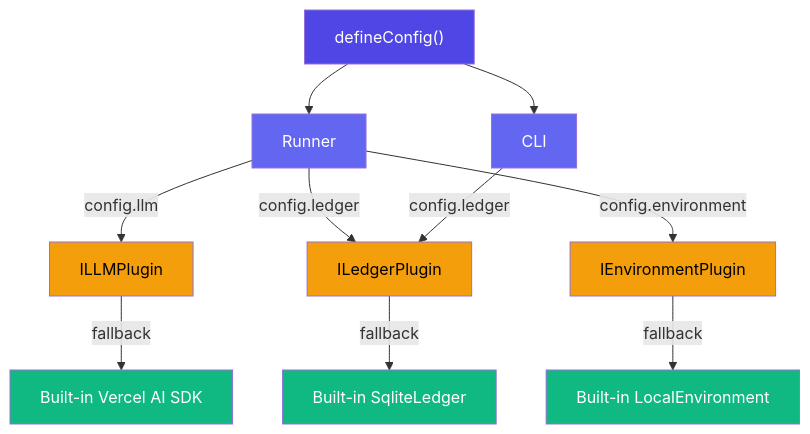
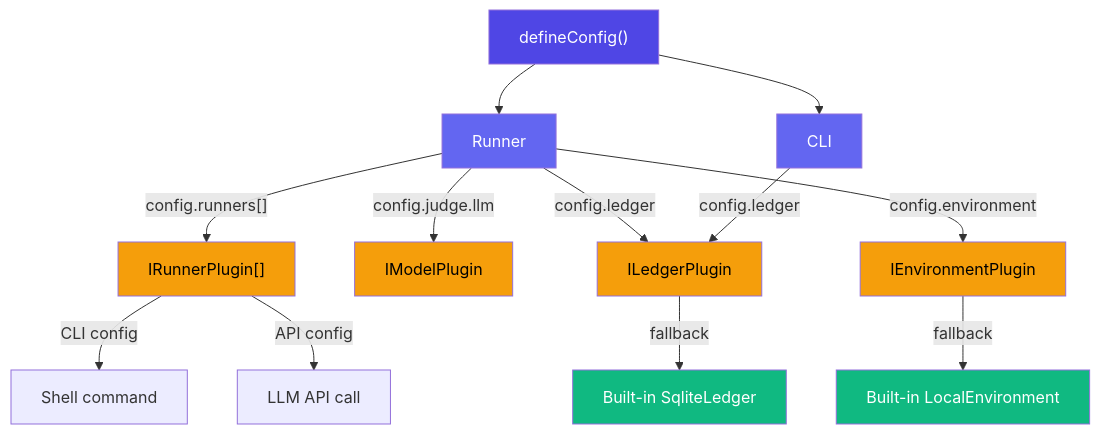
Before and after one commit to Tlahey/agent-eval: the second of 2 diagrams in apps/docs/guide/plugins.md, drawn with Mermaid. The commit also changed other lines of this file and 68 other files, not shown here.

First line of the commit message:
refactor(core): decouple plugin architecture with IModelPlugin and IRunnerPlugin (#7)

````diff
--- a/apps/docs/guide/plugins.md
+++ b/apps/docs/guide/plugins.md
@@ -132,24 +167,26 @@
 ```mermaid
 flowchart TB
     CONFIG["defineConfig()"] --> RUNNER["Runner"]
     CONFIG --> CLI["CLI"]
 
-    RUNNER -->|"config.llm"| LLM["ILLMPlugin"]
+    RUNNER -->|"config.runners[]"| RP["IRunnerPlugin[]"]
+    RUNNER -->|"config.judge.llm"| MP["IModelPlugin"]
     RUNNER -->|"config.ledger"| LEDGER["ILedgerPlugin"]
     RUNNER -->|"config.environment"| ENV["IEnvironmentPlugin"]
     CLI -->|"config.ledger"| LEDGER
 
-    LLM -->|"fallback"| VERCEL["Built-in Vercel AI SDK"]
+    RP -->|"CLI config"| CLIR["Shell command"]
+    RP -->|"API config"| APIR["LLM API call"]
     LEDGER -->|"fallback"| SQLITE["Built-in SqliteLedger"]
     ENV -->|"fallback"| LOCAL["Built-in LocalEnvironment"]
 
     style CONFIG fill:#4f46e5,color:#fff
     style RUNNER fill:#6366f1,color:#fff
     style CLI fill:#6366f1,color:#fff
-    style LLM fill:#f59e0b,color:#000
+    style RP fill:#f59e0b,color:#000
+    style MP fill:#f59e0b,color:#000
     style LEDGER fill:#f59e0b,color:#000
     style ENV fill:#f59e0b,color:#000
-    style VERCEL fill:#10b981,color:#fff
     style SQLITE fill:#10b981,color:#fff
     style LOCAL fill:#10b981,color:#fff
 ```
````
